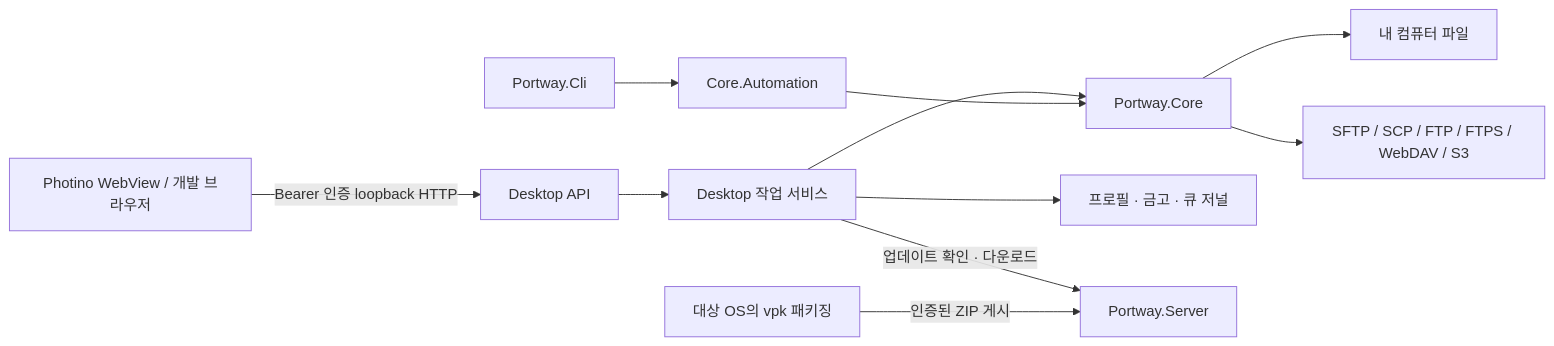
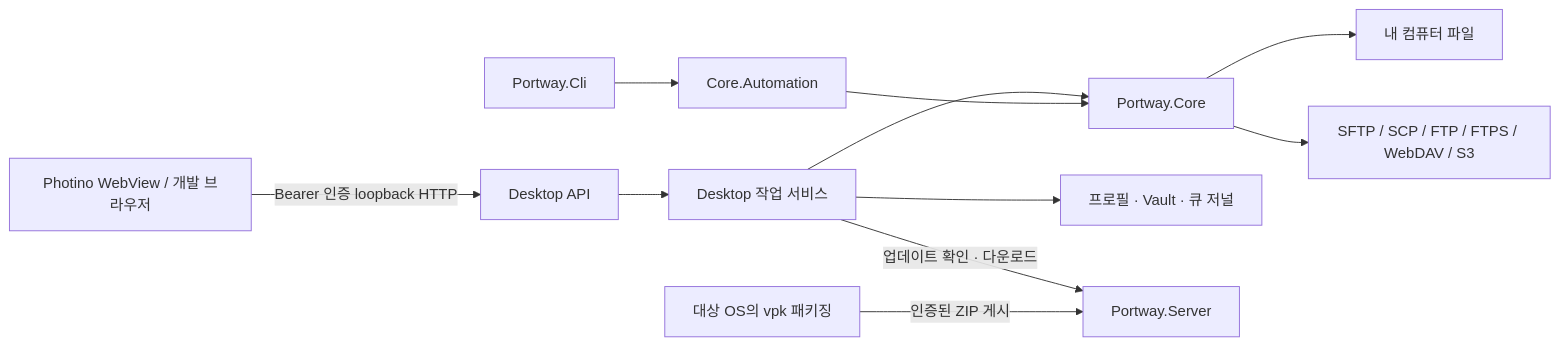
Before and after one commit to handstack77/Portway: the first of 2 diagrams in doc/Portway.Document/docs/ARCHITECTURE.md, drawn with Mermaid. The commit also changed other lines of this file and 28 other files, not shown here.

````diff
--- a/doc/Portway.Document/docs/ARCHITECTURE.md
+++ b/doc/Portway.Document/docs/ARCHITECTURE.md
@@ -16,13 +16,13 @@
 ```mermaid
 flowchart LR
     UI[Photino WebView / 개발 브라우저] -->|Bearer 인증 loopback HTTP| API[Desktop API]
     API --> Services[Desktop 작업 서비스]
     Services --> Core[Portway.Core]
     CLI[Portway.Cli] --> Automation[Core.Automation]
     Automation --> Core
     Core --> Local[내 컴퓨터 파일]
     Core --> Remote[SFTP / SCP / FTP / FTPS / WebDAV / S3]
-    Services --> Profile[프로필 · 금고 · 큐 저널]
+    Services --> Profile[프로필 · Vault · 큐 저널]
     Services -->|업데이트 확인 · 다운로드| Server[Portway.Server]
     VPK[대상 OS의 vpk 패키징] -->|인증된 ZIP 게시| Server
 ```
````
